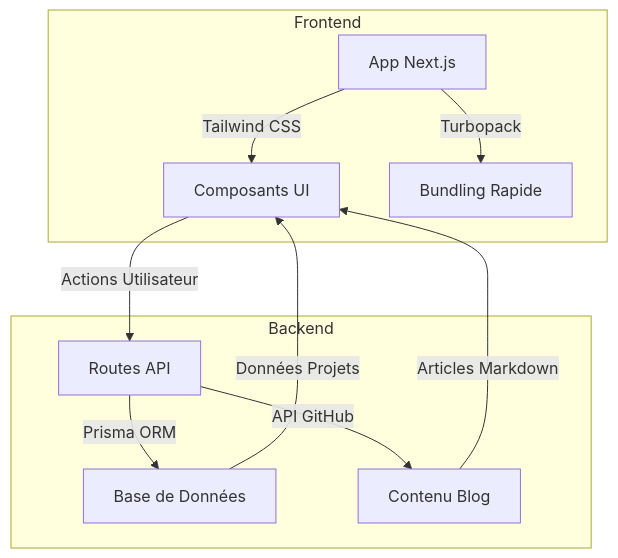
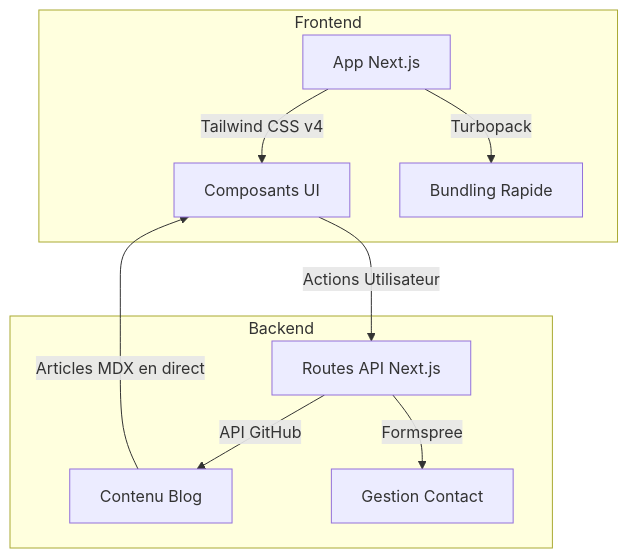
Before and after one commit to Mohammad77Radwan/PortfolioMR: the third of 4 diagrams in README.md, drawn with Mermaid. The commit also changed other lines of this file and 1 other file, not shown here.

````diff
--- a/README.md
+++ b/README.md
@@ -169,14 +180,13 @@
 ```mermaid
 graph TD
     subgraph Frontend
-        A[App Next.js] -- "Tailwind CSS" --> B[Composants UI]
+        A[App Next.js] -- "Tailwind CSS v4" --> B[Composants UI]
         A -- "Turbopack" --> C[Bundling Rapide]
     end
     subgraph Backend
-        D[Routes API] -- "Prisma ORM" --> E[Base de Données]
-        D -- "API GitHub" --> F[Contenu Blog]
+        D[Routes API Next.js] -- "API GitHub" --> F[Contenu Blog]
+        D -- "Formspree" --> E[Gestion Contact]
     end
     B -- "Actions Utilisateur" --> D
-    F -- "Articles Markdown" --> B
-    E -- "Données Projets" --> B
+    F -- "Articles MDX en direct" --> B
 ```
````
